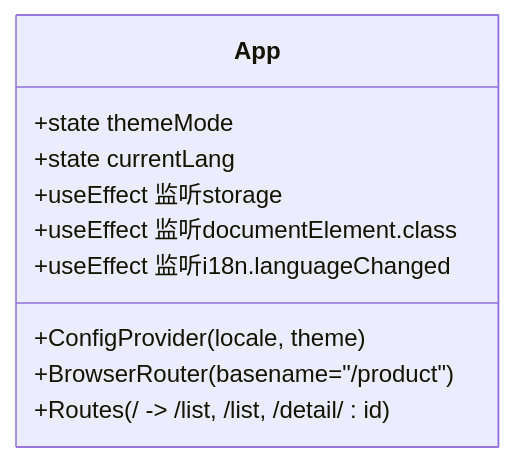
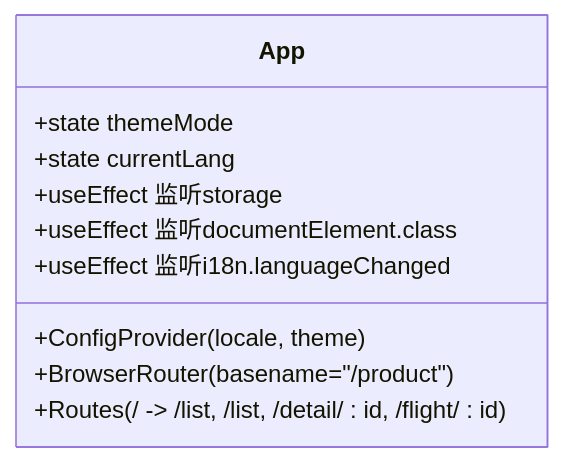
One commit to haohailiang/qoder-fullstack changed the fourth of 10 diagrams in .qoder/repowiki/zh/content/前端架构设计/商品子应用(product-app)/商品子应用(product-app).md. Above: the diagram before and after it, drawn with Mermaid. The commit also changed other lines of this file and 45 other files, not shown here.

````diff
--- a/.qoder/repowiki/zh/content/前端架构设计/商品子应用(product-app)/商品子应用(product-app).md
+++ b/.qoder/repowiki/zh/content/前端架构设计/商品子应用(product-app)/商品子应用(product-app).md
@@ -201,13 +242,13 @@
 ```mermaid
 classDiagram
 class App {
 +state themeMode
 +state currentLang
 +useEffect 监听storage
 +useEffect 监听documentElement.class
 +useEffect 监听i18n.languageChanged
 +ConfigProvider(locale, theme)
 +BrowserRouter(basename="/product")
-+Routes(/ -> /list, /list, /detail/ : id)
++Routes(/ -> /list, /list, /detail/ : id, /flight/ : id)
 }
 ```
````
